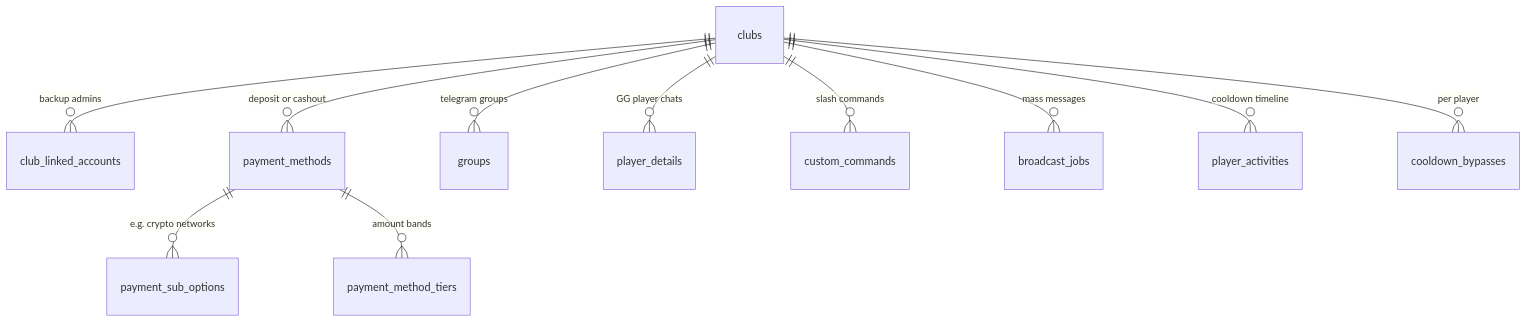
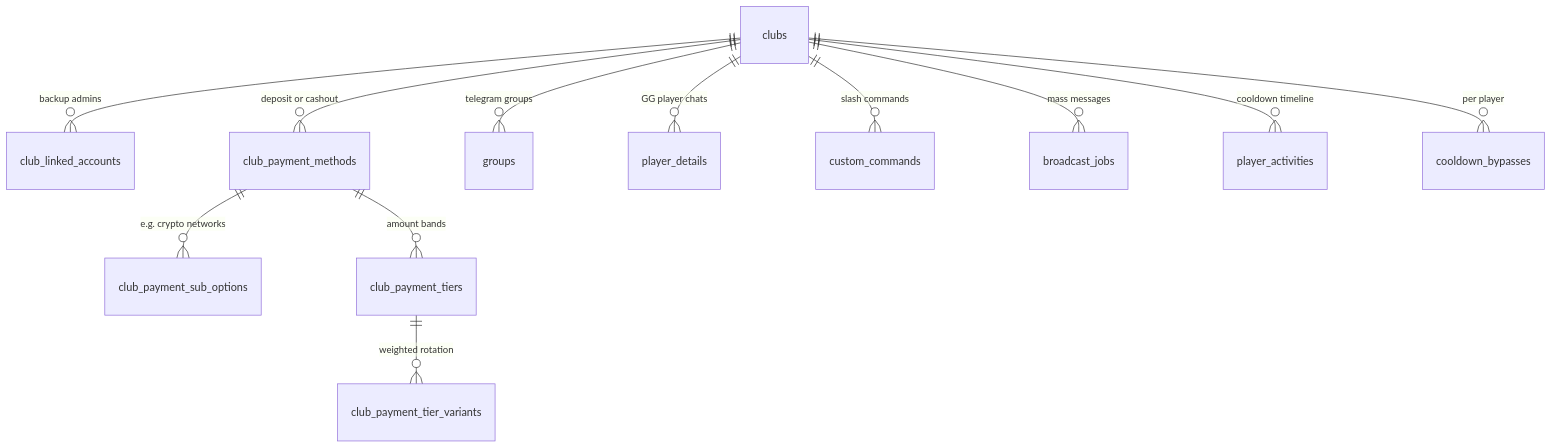
One commit to Edaad/gg-support-bot changed the first of 2 diagrams in docs/DATABASE.md. Above: the diagram before and after it, drawn with Mermaid. The commit also changed other lines of this file and 156 other files, not shown here.

````diff
--- a/docs/DATABASE.md
+++ b/docs/DATABASE.md
@@ -11,13 +11,14 @@
 ```mermaid
 erDiagram
     clubs ||--o{ club_linked_accounts : "backup admins"
-    clubs ||--o{ payment_methods : "deposit or cashout"
+    clubs ||--o{ club_payment_methods : "deposit or cashout"
     clubs ||--o{ groups : "telegram groups"
     clubs ||--o{ player_details : "GG player chats"
     clubs ||--o{ custom_commands : "slash commands"
     clubs ||--o{ broadcast_jobs : "mass messages"
     clubs ||--o{ player_activities : "cooldown timeline"
     clubs ||--o{ cooldown_bypasses : "per player"
-    payment_methods ||--o{ payment_sub_options : "e.g. crypto networks"
-    payment_methods ||--o{ payment_method_tiers : "amount bands"
+    club_payment_methods ||--o{ club_payment_sub_options : "e.g. crypto networks"
+    club_payment_methods ||--o{ club_payment_tiers : "amount bands"
+    club_payment_tiers ||--o{ club_payment_tier_variants : "weighted rotation"
 ```
````
